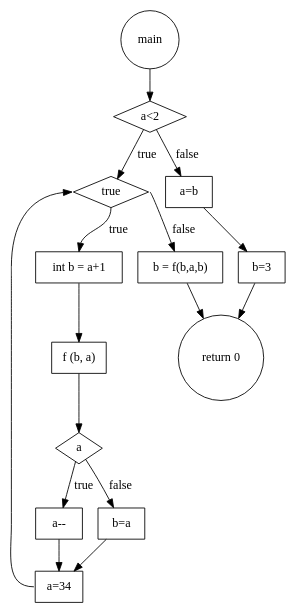
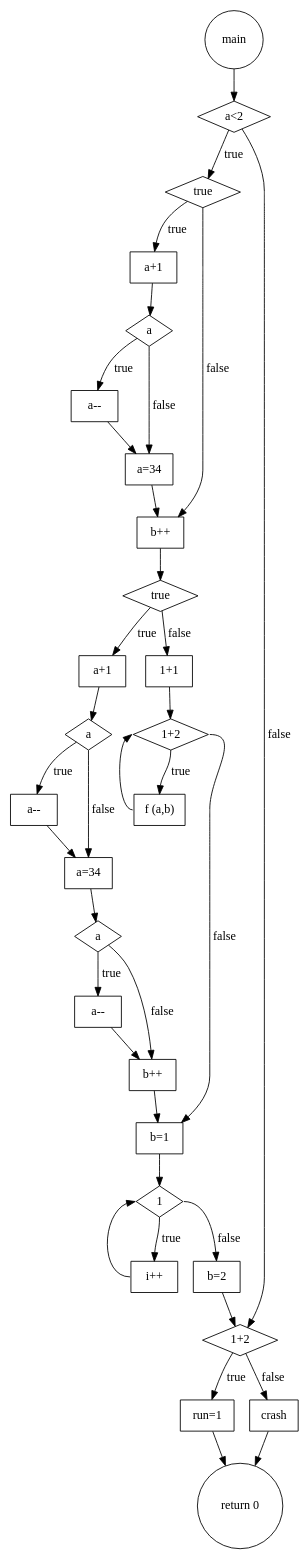
The diagram in fchart.dot (joshrobo/cs451flowchartGenerator), drawn with Graphviz before and after one commit. The commit also changed 6 other files, not shown here.

```diff
--- a/fchart.dot
+++ b/fchart.dot
@@ -1,27 +1,55 @@
 digraph {
 node [shape=circle]
 0->1
 0[label = "main"]3->4
-3[label = "int b = a+1", shape = "rectangle"]
-4->5
-4[label = "f (b, a)", shape = "rectangle"]
-     6[label = "a--", shape = "rectangle"]
-5->6[label="true"]
-5[label = "a",  shape = "diamond"]7->8
-7[label = "b=a", shape = "rectangle"]
-5->7[label="false"]
-6->8
-     8[label = "a=34", shape = "rectangle"]
-2:s->3:n[label=true]
-2[label = "true", shape=diamond]8:w->2:w
-2[label = "true"]2:e->9[label = false]
-      9[label = "b = f(b,a,b)", shape = "rectangle"]
-1->2[label="true"]
-1[label = "a<2",  shape = "diamond"]10->11
-10[label = "a=b", shape = "rectangle"]
+3[label = "a+1", shape = "rectangle"]
+5->6
+5[label = "a--", shape = "rectangle"]
+4->5[label = true]
+4[label = "a", shape = diamond]4->6[label= false]
+6->7
+6[label = "a=34", shape = "rectangle"]
+2->3[label = true]
+2[label = "true", shape = diamond]2->7[label= false]
+7->8
+7[label = "b++", shape = "rectangle"]
+9->10
+9[label = "a+1", shape = "rectangle"]
 11->12
-11[label = "b=3", shape = "rectangle"]
-1->10[label="false"]
-9->12
-12[label = "return 0", shape = "circle"]
+11[label = "a--", shape = "rectangle"]
+10->11[label = true]
+10[label = "a", shape = diamond]10->12[label= false]
+12->13
+12[label = "a=34", shape = "rectangle"]
+14->15
+14[label = "a--", shape = "rectangle"]
+13->14[label = true]
+13[label = "a", shape = diamond]13->15[label= false]
+       15[label = "b++", shape = "rectangle"]
+8->9[label="true"]
+8[label = "true",  shape = "diamond"]16->17
+16[label = "1+1", shape = "rectangle"]
+       18[label = "f (a,b)", shape = "rectangle"]
+17:s->18:n[label=true]
+17[label = "1+2", shape=diamond]18:w->17:w
+17[label = "1+2"]17:e->19[label = false]
+8->16[label="false"]
+15->19
+19->20
+19[label = "b=1", shape = "rectangle"]
+       21[label = "i++", shape = "rectangle"]
+20:s->21:n[label=true]
+20[label = "1", shape=diamond]21:w->20:w
+20[label = "1"]20:e->22[label = false]
+22->23
+22[label = "b=2", shape = "rectangle"]
+1->2[label = true]
+1[label = "a<2", shape = diamond]1->23[label= false]
+       24[label = "run=1", shape = "rectangle"]
+23->24[label="true"]
+23[label = "1+2",  shape = "diamond"]25->26
+25[label = "crash", shape = "rectangle"]
+23->25[label="false"]
+24->26
+26[label = "return 0", shape = "circle"]
 }
```
